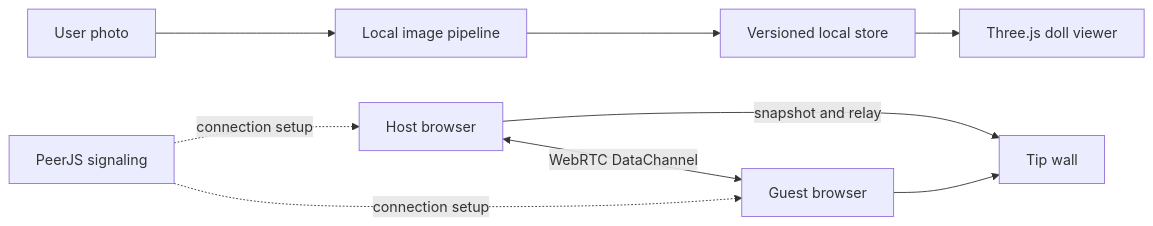
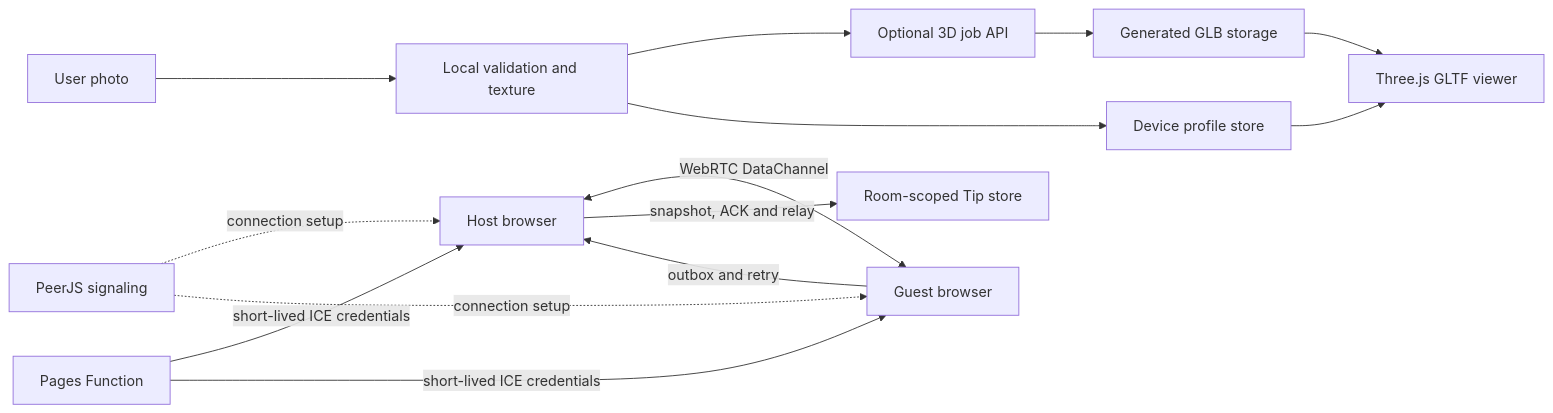
Before and after one commit to safulou/newworld-study-room: the diagram in docs/architecture.md, drawn with Mermaid. The commit also changed other lines of this file and 27 other files, not shown here.

````diff
--- a/docs/architecture.md
+++ b/docs/architecture.md
@@ -7,12 +7,17 @@
 ```mermaid
 flowchart LR
-  Photo[User photo] --> Pipeline[Local image pipeline]
-  Pipeline --> Store[Versioned local store]
-  Store --> Doll[Three.js doll viewer]
+  Photo[User photo] --> Pipeline[Local validation and texture]
+  Pipeline --> Provider[Optional 3D job API]
+  Pipeline --> Profile[Device profile store]
+  Provider --> R2[Generated GLB storage]
+  R2 --> Doll[Three.js GLTF viewer]
+  Profile --> Doll
 
   Host[Host browser] <-->|WebRTC DataChannel| Guest[Guest browser]
   Signal[PeerJS signaling] -. connection setup .-> Host
   Signal -. connection setup .-> Guest
-  Host -->|snapshot and relay| Tips[Tip wall]
-  Guest --> Tips
+  Worker[Pages Function] -->|short-lived ICE credentials| Host
+  Worker -->|short-lived ICE credentials| Guest
+  Host -->|snapshot, ACK and relay| RoomStore[Room-scoped Tip store]
+  Guest -->|outbox and retry| Host
 ```
````
